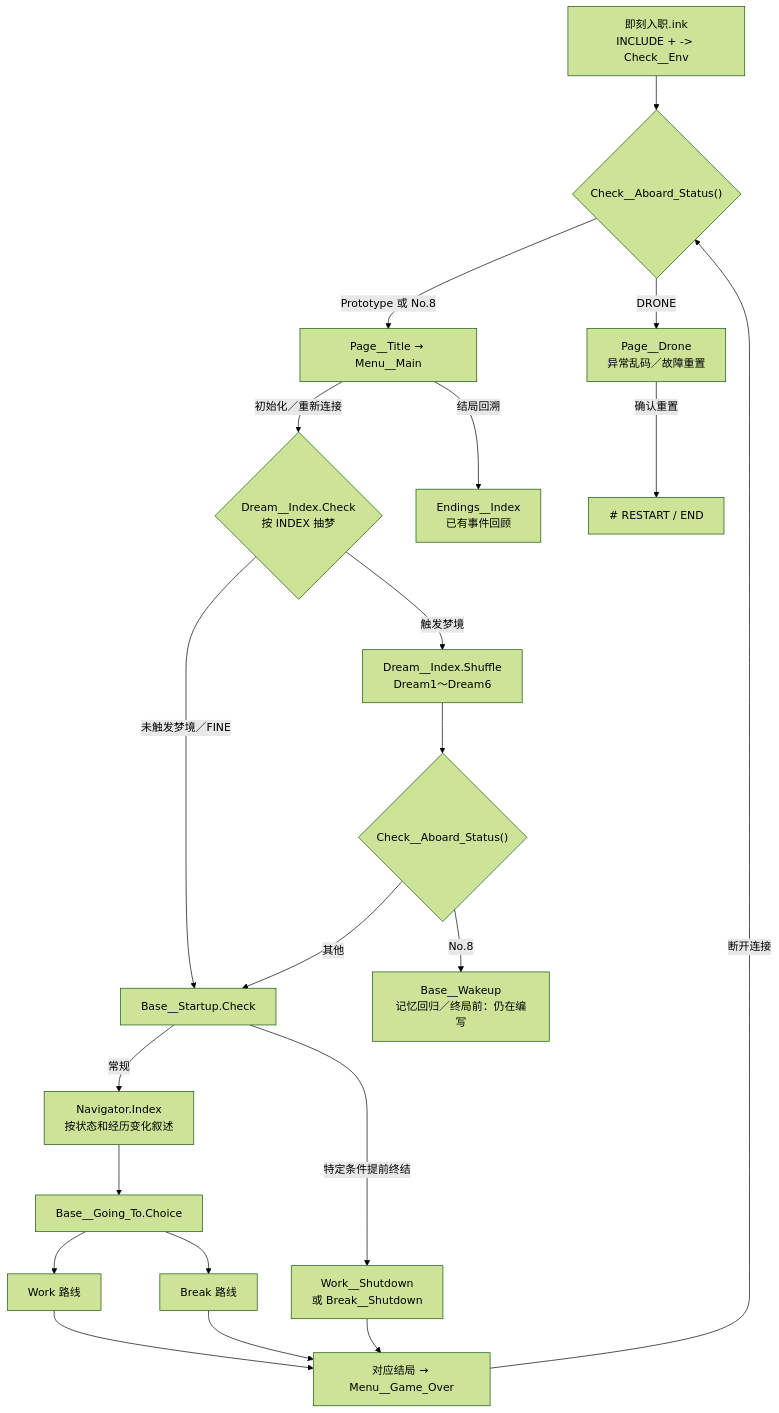
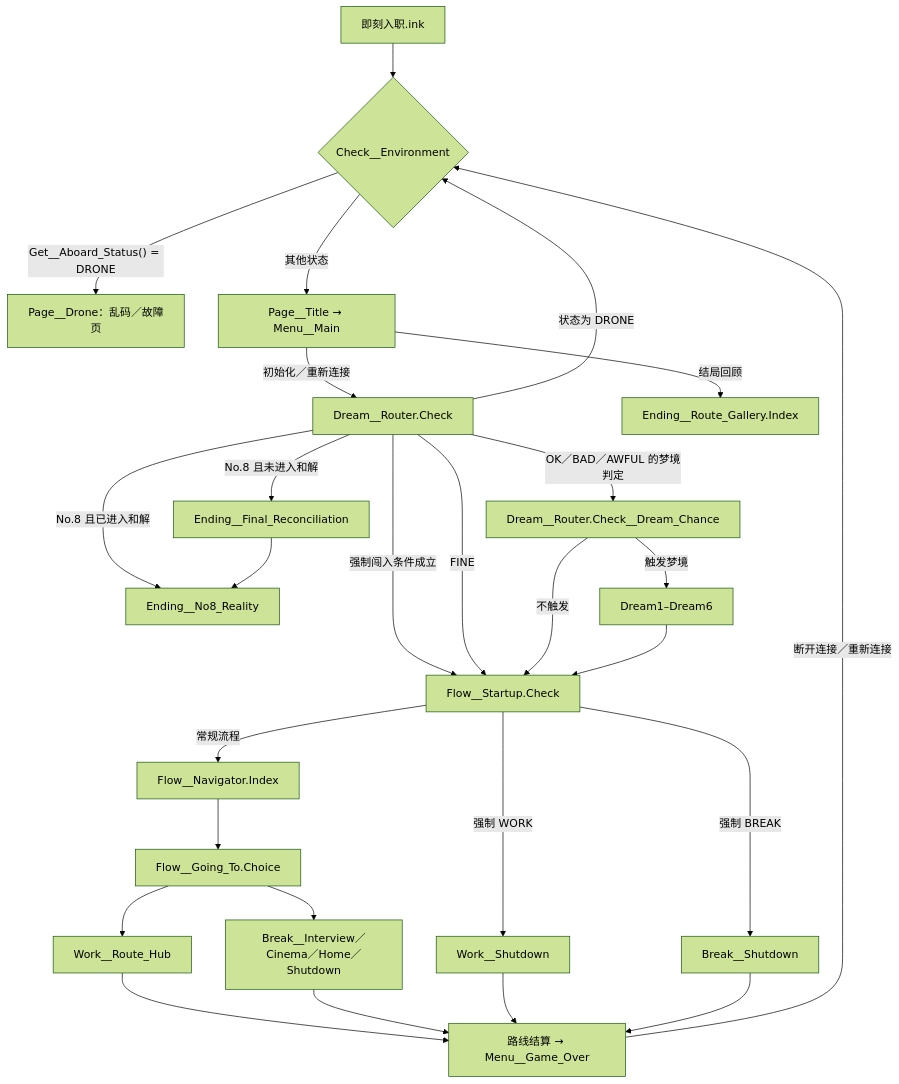
One commit to Project-Kurokawa-Logistics/kurokawa-logistics changed the diagram in Ink Projects/即刻入职/docs/STORY_FLOW.md. Above: the diagram before and after it, drawn with Mermaid (forest theme). The commit also changed other lines of this file, not shown here.

Commit message:
docs(ink): align story flow with reorganized 即刻入职 source

````diff
--- a/Ink Projects/即刻入职/docs/STORY_FLOW.md
+++ b/Ink Projects/即刻入职/docs/STORY_FLOW.md
@@ -7,23 +9,29 @@
 ```mermaid
 flowchart TD
-    Entry["即刻入职.ink<br/>INCLUDE + -> Check__Env"] --> Env{"Check__Aboard_Status()"}
-    Env -->|"DRONE"| Drone["Page__Drone<br/>异常乱码／故障重置"]
-    Env -->|"Prototype 或 No.8"| Title["Page__Title → Menu__Main"]
-    Title -->|"初始化／重新连接"| DreamCheck{"Dream__Index.Check<br/>按 INDEX 抽梦"}
-    Title -->|"结局回溯"| Gallery["Endings__Index<br/>已有事件回顾"]
-    DreamCheck -->|"未触发梦境／FINE"| Startup["Base__Startup.Check"]
-    DreamCheck -->|"触发梦境"| Shuffle["Dream__Index.Shuffle<br/>Dream1～Dream6"]
-    Shuffle --> Aboard{"Check__Aboard_Status()"}
-    Aboard -->|"No.8"| Wakeup["Base__Wakeup<br/>记忆回归／终局前：仍在编写"]
-    Aboard -->|"其他"| Startup
-    Startup -->|"特定条件提前终结"| Forced["Work__Shutdown<br/>或 Break__Shutdown"]
-    Startup -->|"常规"| Navigator["Navigator.Index<br/>按状态和经历变化叙述"]
-    Navigator --> Going["Base__Going_To.Choice"]
-    Going --> Work["Work 路线"]
-    Going --> Break["Break 路线"]
-    Work --> Over["对应结局 → Menu__Game_Over"]
-    Break --> Over
-    Forced --> Over
-    Over -->|"断开连接"| Env
-    Drone -->|"确认重置"| Reset["# RESTART / END"]
+    Entry["即刻入职.ink"] --> Env{"Check__Environment"}
+    Env -->|"Get__Aboard_Status() = DRONE"| Drone["Page__Drone：乱码／故障页"]
+    Env -->|"其他状态"| Title["Page__Title → Menu__Main"]
+    Title -->|"初始化／重新连接"| Router["Dream__Router.Check"]
+    Title -->|"结局回顾"| Gallery["Ending__Route_Gallery.Index"]
+    Router -->|"状态为 DRONE"| Env
+    Router -->|"No.8 且未进入和解"| White["Ending__Final_Reconciliation"]
+    Router -->|"No.8 且已进入和解"| Reality["Ending__No8_Reality"]
+    Router -->|"强制闯入条件成立"| Startup["Flow__Startup.Check"]
+    Router -->|"FINE"| Startup
+    Router -->|"OK／BAD／AWFUL 的梦境判定"| Chance["Dream__Router.Check__Dream_Chance"]
+    Chance -->|"触发梦境"| Dreams["Dream1–Dream6"]
+    Chance -->|"不触发"| Startup
+    Dreams --> Startup
+    Startup -->|"强制 WORK"| WorkShutdown["Work__Shutdown"]
+    Startup -->|"强制 BREAK"| BreakShutdown["Break__Shutdown"]
+    Startup -->|"常规流程"| Nav["Flow__Navigator.Index"]
+    Nav --> Going["Flow__Going_To.Choice"]
+    Going --> Work["Work__Route_Hub"]
+    Going --> Break["Break__Interview／Cinema／Home／Shutdown"]
+    Work --> End["路线结算 → Menu__Game_Over"]
+    Break --> End
+    WorkShutdown --> End
+    BreakShutdown --> End
+    End -->|"断开连接／重新连接"| Env
+    White --> Reality
 ```
````
